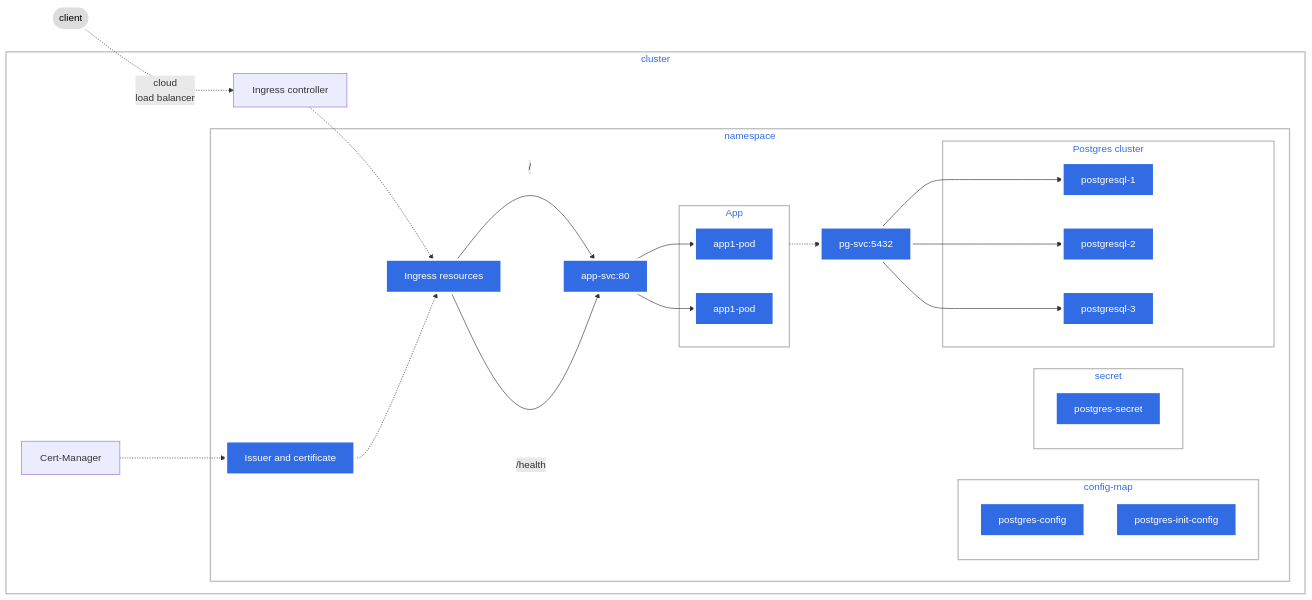
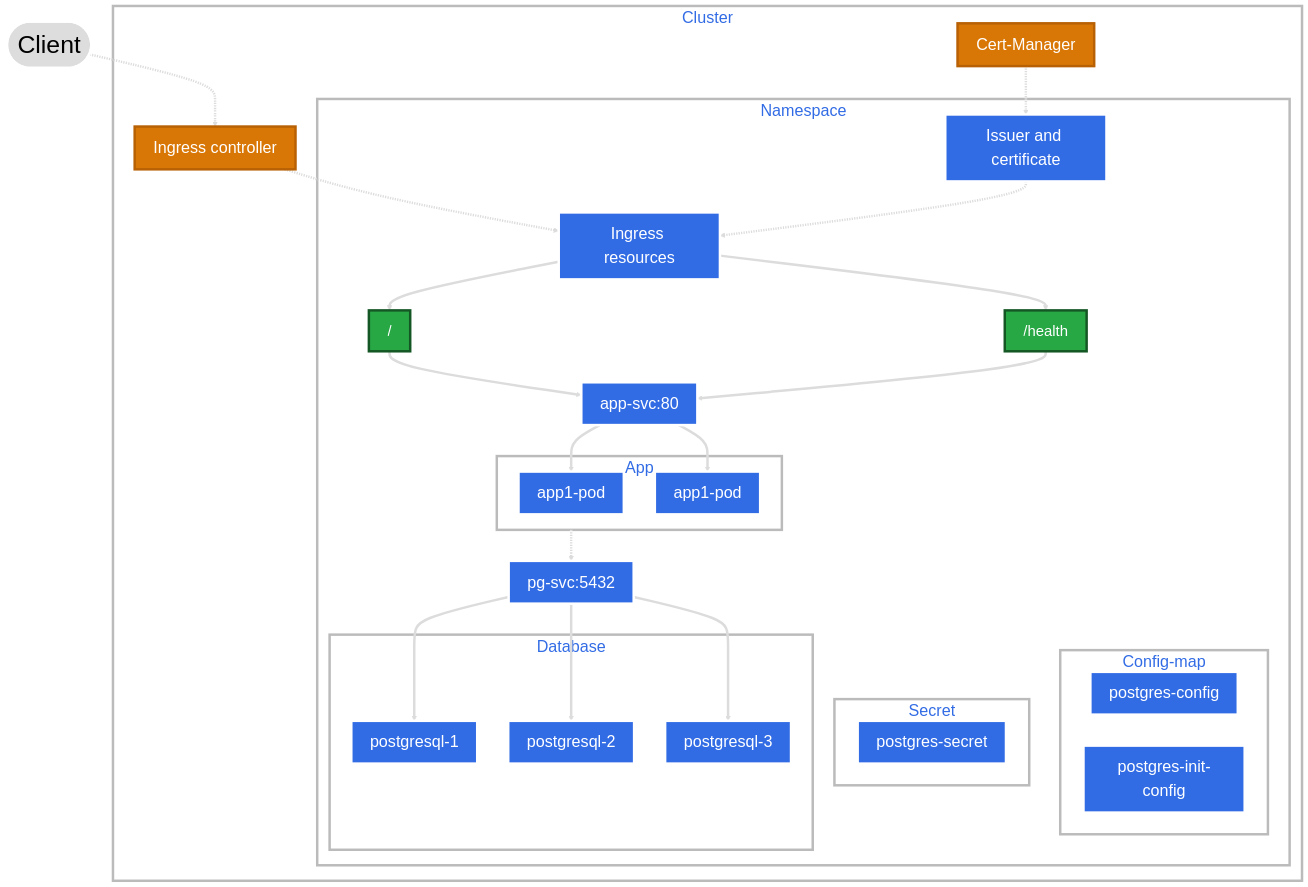
The diagram in README.md (minex970/python-based-todo-application), drawn with Mermaid before and after one commit.

Commit message:
Updated the diagram

````diff
--- a/README.md
+++ b/README.md
@@ -7,52 +7,61 @@
 ```mermaid
-graph LR;
-  client([client])-. cloud <br> load balancer .->ingress[Ingress controller];
-  ingress[Ingress controller]-.->n-ingress[Ingress resources];
-  cert-manager[Cert-Manager]-.->cert-resource[Issuer and certificate];
-  n-ingress-->|/|service1[app-svc:80];
-  n-ingress-->|/health|service1[app-svc:80];
+graph TD;
+  client([Client]) -.-> ingress[Ingress controller];
+  ingress[Ingress controller] -.-> n-ingress[Ingress resources];
+  cert-manager[Cert-Manager] -.-> cert-resource[Issuer and certificate];
+  n-ingress --> path1["/"] --> service1[app-svc:80];
+  n-ingress --> path2["/health"] -->service1[app-svc:80];
   App -.-> service2[pg-svc:5432]
 
-  subgraph cluster
+  subgraph Cluster
   ingress
   cert-manager
 
-  subgraph namespace
+  subgraph Namespace
   n-ingress;
   cert-resource;
   cert-resource -.-> n-ingress;
-  service1-->pod1[app1-pod];
-  service1-->pod2[app1-pod];
+  service1 --> pod1[app1-pod];
+  service1 --> pod2[app1-pod];
+  path1
+  path2
 
   subgraph App
   pod1
   pod2
   end
-  subgraph config-map
+  subgraph Config-map
   postgres-config
   postgres-init-config
   end
-  subgraph secret
+  subgraph Secret
   postgres-secret
   end
 
-  service2[pg-svc:5432]-->pod3[postgresql-1];
-  service2[pg-svc:5432]-->pod4[postgresql-2];
-  service2[pg-svc:5432]-->pod5[postgresql-3];
+  service2[pg-svc:5432] --> pod3[postgresql-1];
+  service2[pg-svc:5432] --> pod4[postgresql-2];
+  service2[pg-svc:5432] --> pod5[postgresql-3];
 
-  subgraph Postgres cluster
+  subgraph Database
   pod3
   pod4
   pod5
 
   end
   end
   end
 
-  classDef plain fill:#ddd,stroke:#fff,stroke-width:4px,color:#000;
-  classDef k8s fill:#326ce5,stroke:#fff,stroke-width:4px,color:#fff;
-  classDef cluster fill:#fff,stroke:#bbb,stroke-width:2px,color:#326ce5;
+  classDef plain fill:#ddd,stroke:#fff,stroke-width:4px,color:#000,font-size:40px;
+  classDef k8s fill:#326ce5,stroke:#fff,stroke-width:4px,color:#fff,font-size:26px;
+  classDef cluster fill:#fff,stroke:#bbb,stroke-width:4px,color:#326ce5,font-size:26px;
+  classDef outer fill:#d97706,stroke:#b86004,stroke-width:4px,color:#fff,font-size:26px;
+  classDef path fill:#28a745,stroke:#155724,stroke-width:4px,color:#fff,font-size:24px;
+  classDef arrowColor stroke:#dcdcdc,stroke-width:4px;
+
   class n-ingress,postgres-secret,postgres-config,postgres-init-config,cert-resource,service1,service2,pod1,pod2,pod3,pod4,pod5 k8s;
   class client plain;
-  class cluster cluster;
+  class Cluster,Namespace,App,Config-map,Secret,Database cluster;
+  class ingress,cert-manager outer;
+  class path1,path2 path;
+  linkStyle default stroke:#dcdcdc,stroke-width:4px;
 ```
````
